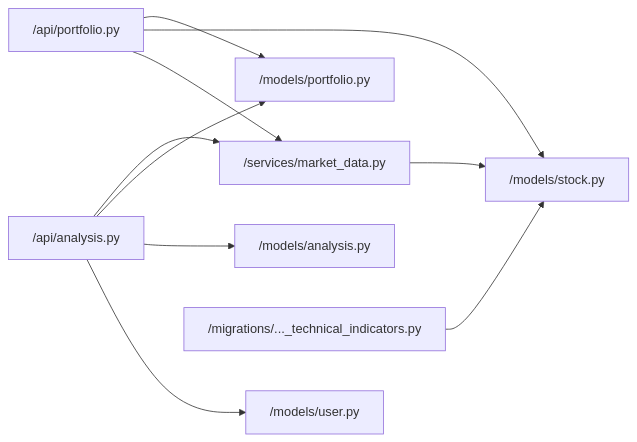
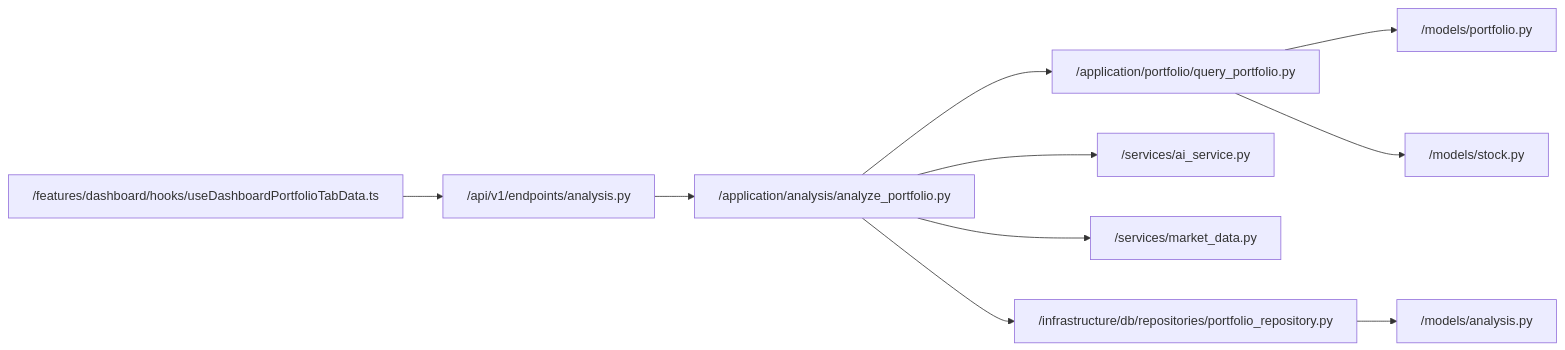
One commit to breeze-lyf/ai-stock-advisor changed the fourth of 4 diagrams in .qoder/repowiki/zh/content/投资组合管理/投资组合分析.md. Above: the diagram before and after it, drawn with Mermaid. The commit also changed other lines of this file and 30 other files, not shown here.

Commit message:
feat: Migrate AI model preference from Gemini to DeepSeek-v3, increase AI service timeout, and add stock snapshot API.

````diff
--- a/.qoder/repowiki/zh/content/投资组合管理/投资组合分析.md
+++ b/.qoder/repowiki/zh/content/投资组合管理/投资组合分析.md
@@ -266,12 +262,12 @@
 ```mermaid
 graph LR
-PortfolioAPI["/api/portfolio.py"] --> PortfolioModel["/models/portfolio.py"]
-PortfolioAPI --> StockModel["/models/stock.py"]
-PortfolioAPI --> MarketDataSvc["/services/market_data.py"]
-AnalysisAPI["/api/analysis.py"] --> MarketDataSvc
-AnalysisAPI --> PortfolioModel
-AnalysisAPI --> AnalysisReportModel["/models/analysis.py"]
-AnalysisAPI --> UserModel["/models/user.py"]
-MarketDataSvc --> StockModel
-Migration["/migrations/..._technical_indicators.py"] --> StockModel
+AnalyzeAPI["/api/v1/endpoints/analysis.py"] --> AnalyzeUseCase["/application/analysis/analyze_portfolio.py"]
+AnalyzeUseCase --> GetPortfolioUseCase["/application/portfolio/query_portfolio.py"]
+AnalyzeUseCase --> AIService["/services/ai_service.py"]
+AnalyzeUseCase --> MarketDataService["/services/market_data.py"]
+AnalyzeUseCase --> PortfolioRepo["/infrastructure/db/repositories/portfolio_repository.py"]
+GetPortfolioUseCase --> PortfolioModel["/models/portfolio.py"]
+GetPortfolioUseCase --> StockModel["/models/stock.py"]
+PortfolioRepo --> PortfolioAnalysisModel["/models/analysis.py"]
+Frontend["/features/dashboard/hooks/useDashboardPortfolioTabData.ts"] --> AnalyzeAPI
 ```
````
